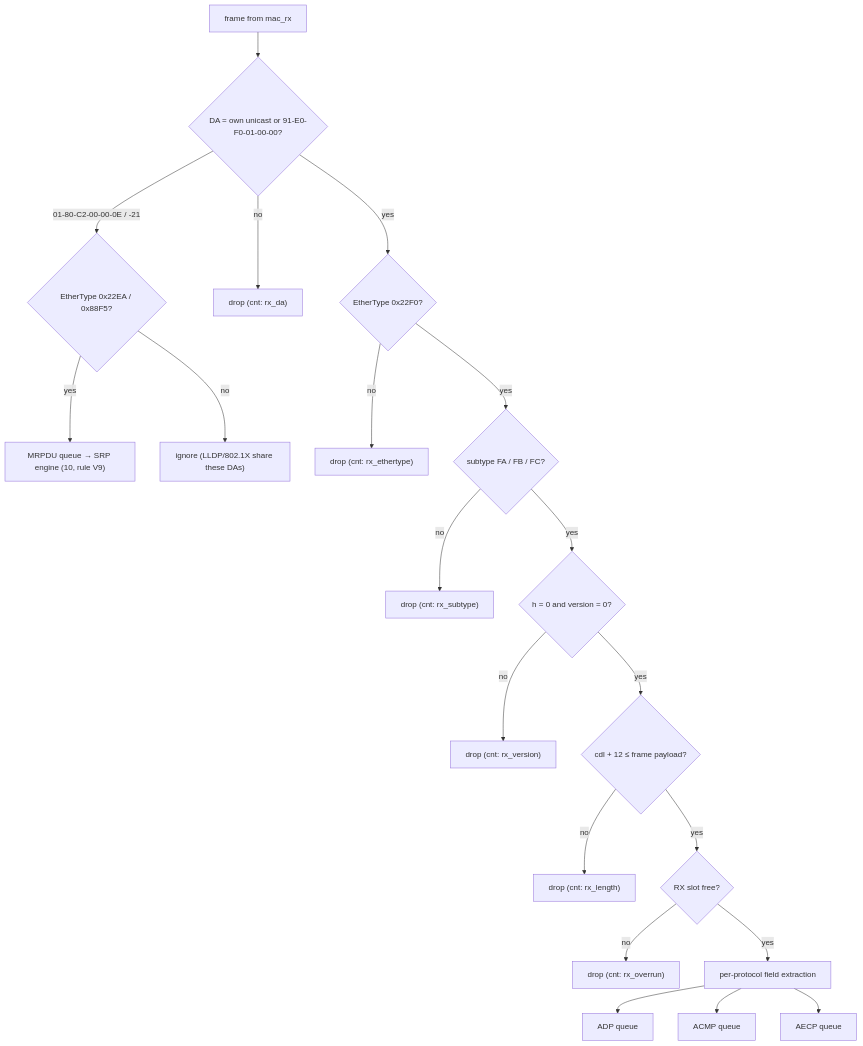
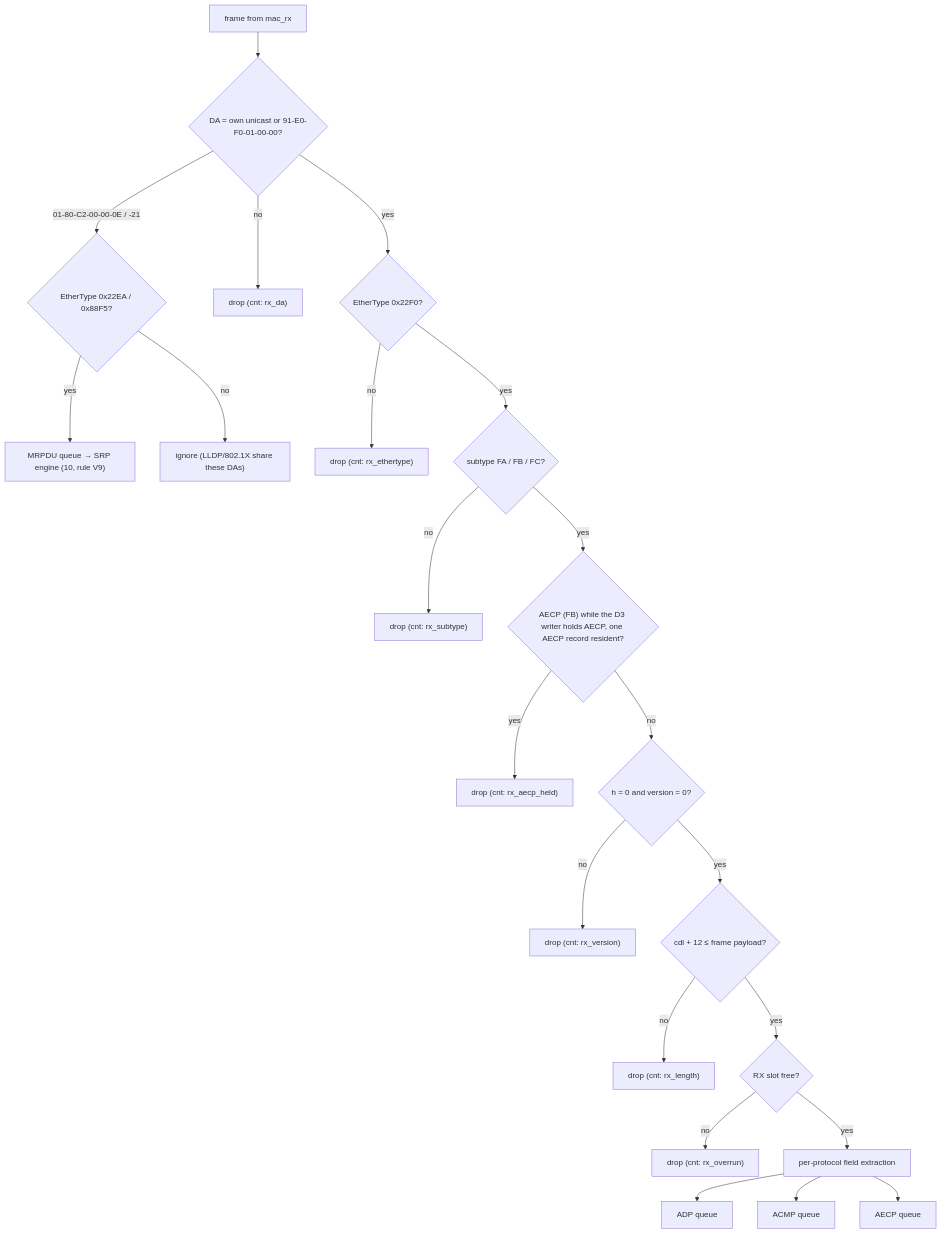
One commit to Mister-M-alt/protocol-processor-control-plane-avb-milan changed the first of 3 diagrams in docs/architecture/03_packet_engine.md. Above: the diagram before and after it, drawn with Mermaid. The commit also changed other lines of this file and 10 other files, not shown here.

Commit message:
Admit at most one AECP record to the shared ingress while the D3 writer holds AECP, drop and count the rest at the slot gate

````diff
--- a/docs/architecture/03_packet_engine.md
+++ b/docs/architecture/03_packet_engine.md
@@ -41,22 +41,24 @@
 ```mermaid
 flowchart TB
   in["frame from mac_rx"] --> da{"DA = own unicast or 91-E0-F0-01-00-00?"}
   da -- "01-80-C2-00-00-0E / -21" --> mrpet{"EtherType 0x22EA / 0x88F5?"}
   mrpet -- yes --> mrp["MRPDU queue → SRP engine (10, rule V9)"]
   mrpet -- no --> notmrp["ignore (LLDP/802.1X share these DAs)"]
   da -- no --> drop1["drop (cnt: rx_da)"]
   da -- yes --> et{"EtherType 0x22F0?"}
   et -- no --> drop2["drop (cnt: rx_ethertype)"]
   et -- yes --> st{"subtype FA / FB / FC?"}
   st -- no --> drop3["drop (cnt: rx_subtype)"]
-  st -- yes --> hv{"h = 0 and version = 0?"}
+  st -- yes --> held{"AECP (FB) while the D3 writer holds AECP, one AECP record resident?"}
+  held -- yes --> drop7["drop (cnt: rx_aecp_held)"]
+  held -- no --> hv{"h = 0 and version = 0?"}
   hv -- no --> drop4["drop (cnt: rx_version)"]
   hv -- yes --> len{"cdl + 12 &le; frame payload?"}
   len -- no --> drop5["drop (cnt: rx_length)"]
   len -- yes --> slot{"RX slot free?"}
   slot -- no --> drop6["drop (cnt: rx_overrun)"]
   slot -- yes --> extract["per-protocol field extraction"]
   extract --> adpq["ADP queue"]
   extract --> acmpq["ACMP queue"]
   extract --> aecpq["AECP queue"]
 ```
````
